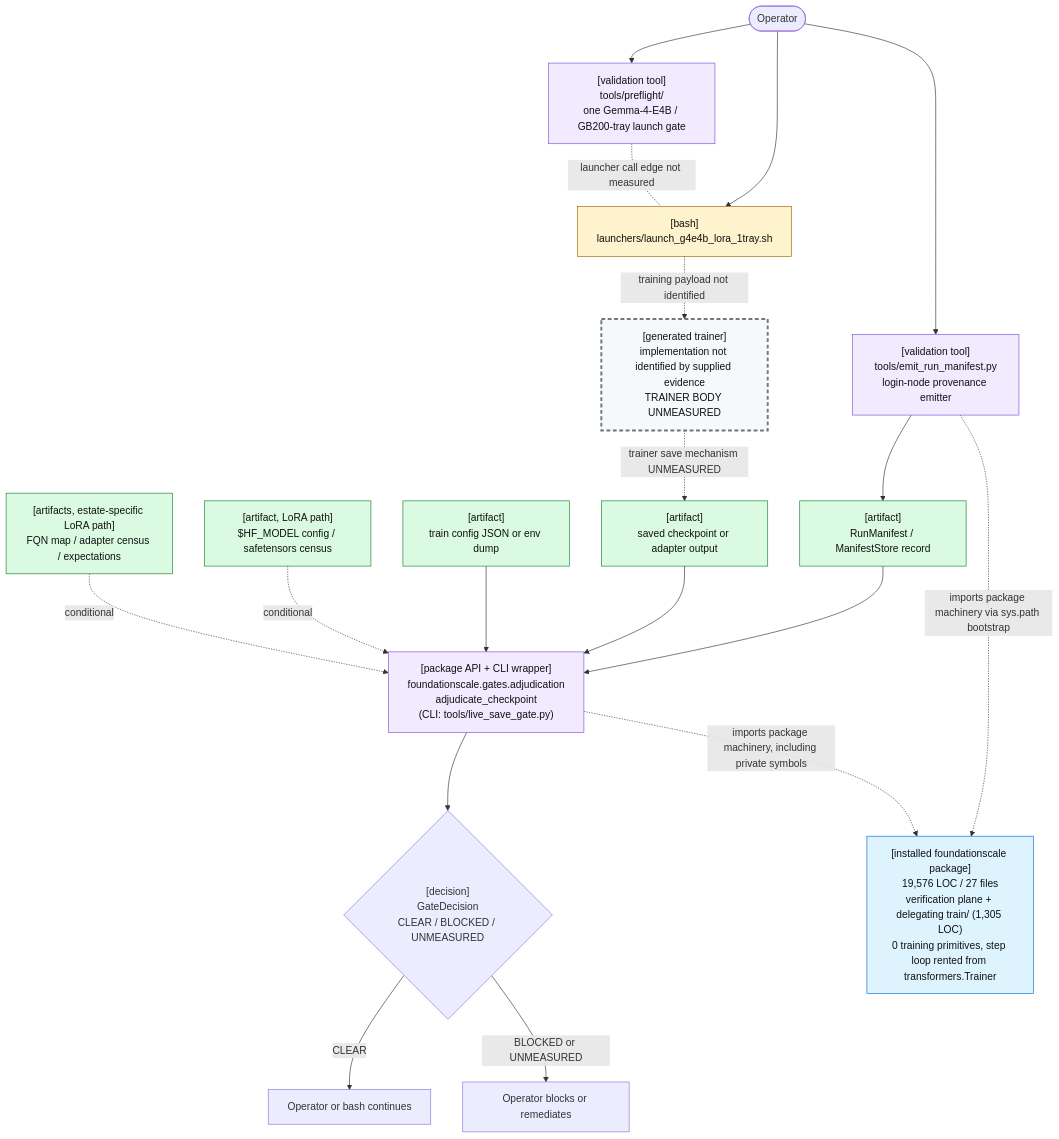
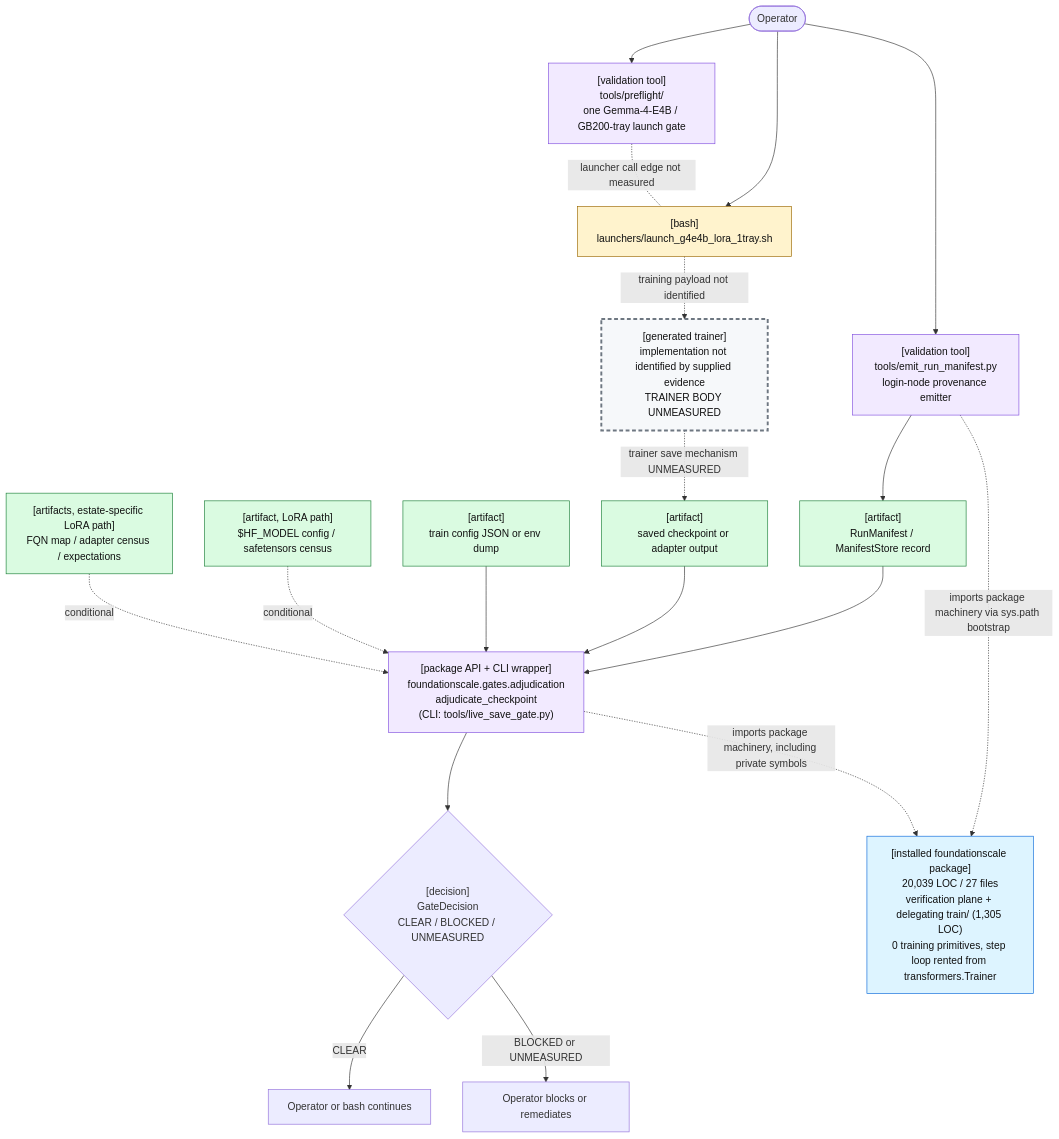
The first of 2 diagrams in docs/review/D2_current_architecture.md (TranNhiem/FoundationScale), drawn with Mermaid before and after one commit. The commit also changed other lines of this file and 17 other files, not shown here.

````diff
--- a/docs/review/D2_current_architecture.md
+++ b/docs/review/D2_current_architecture.md
@@ -25,59 +25,59 @@
 ```mermaid
 flowchart TB
   O(["Operator"])
 
   PF["[validation tool]<br/>tools/preflight/<br/>one Gemma-4-E4B / GB200-tray launch gate"]
   L["[bash]<br/>launchers/launch_g4e4b_lora_1tray.sh"]
 
   E["[validation tool]<br/>tools/emit_run_manifest.py<br/>login-node provenance emitter"]
   M["[artifact]<br/>RunManifest / ManifestStore record"]
 
   T["[generated trainer]<br/>implementation not identified by supplied evidence<br/>TRAINER BODY UNMEASURED"]
   C["[artifact]<br/>saved checkpoint or adapter output"]
 
   G["[package API + CLI wrapper]<br/>foundationscale.gates.adjudication<br/>adjudicate_checkpoint<br/>(CLI: tools/live_save_gate.py)"]
   CFG["[artifact]<br/>train config JSON or env dump"]
   BASE["[artifact, LoRA path]<br/>$HF_MODEL config / safetensors census"]
   CEN["[artifacts, estate-specific LoRA path]<br/>FQN map / adapter census / expectations"]
 
   D{"[decision]<br/>GateDecision<br/>CLEAR / BLOCKED / UNMEASURED"}
   OK["Operator or bash continues"]
   NO["Operator blocks or remediates"]
 
-  PKG["[installed foundationscale package]<br/>19,576 LOC / 27 files<br/>verification plane + delegating train/ (1,305 LOC)<br/>0 training primitives, step loop rented from transformers.Trainer"]
+  PKG["[installed foundationscale package]<br/>20,039 LOC / 27 files<br/>verification plane + delegating train/ (1,305 LOC)<br/>0 training primitives, step loop rented from transformers.Trainer"]
 
   O --> PF
   O --> L
   PF -. "launcher call edge not measured" .- L
 
   O --> E
   E --> M
 
   L -. "training payload not identified" .-> T
   T -. "trainer save mechanism UNMEASURED" .-> C
 
   M --> G
   C --> G
   CFG --> G
   BASE -. "conditional" .-> G
   CEN -. "conditional" .-> G
 
   E -. "imports package machinery via sys.path bootstrap" .-> PKG
   G -. "imports package machinery, including private symbols" .-> PKG
 
   G --> D
   D -->|"CLEAR"| OK
   D -->|"BLOCKED or UNMEASURED"| NO
 
   classDef bash fill:#fff3cd,stroke:#9a6700,color:#111;
   classDef tool fill:#f2eaff,stroke:#8250df,color:#111;
   classDef artifact fill:#dafbe1,stroke:#1a7f37,color:#111;
   classDef gap fill:#f6f8fa,stroke:#6e7781,stroke-width:3px,stroke-dasharray: 6 4,color:#111;
   classDef pkg fill:#ddf4ff,stroke:#0969da,color:#111;
 
   class L bash;
   class PF,E,G tool;
   class M,C,CFG,BASE,CEN artifact;
   class T gap;
   class PKG pkg;
 ```
````
